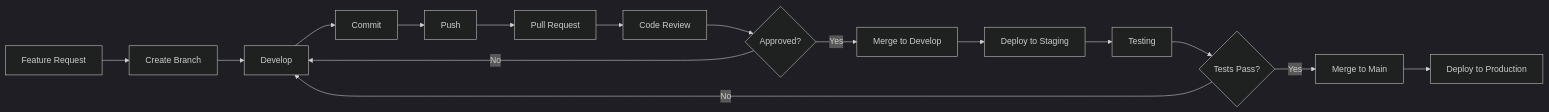
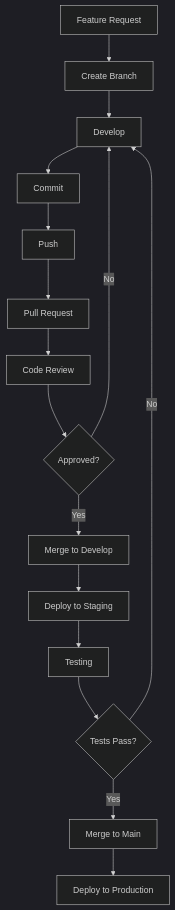
Before and after one commit to Se7ety/.github: the diagram in profile/README.md, drawn with Mermaid (dark theme).

Commit message:
style: change workflow diagram to vertical orientation

````diff
--- a/profile/README.md
+++ b/profile/README.md
@@ -294,18 +294,18 @@
 ```mermaid
-graph LR
+graph TD
     A[Feature Request] --> B[Create Branch]
     B --> C[Develop]
     C --> D[Commit]
     D --> E[Push]
     E --> F[Pull Request]
     F --> G[Code Review]
     G --> H{Approved?}
     H -->|Yes| I[Merge to Develop]
     H -->|No| C
     I --> J[Deploy to Staging]
     J --> K[Testing]
     K --> L{Tests Pass?}
     L -->|Yes| M[Merge to Main]
     L -->|No| C
     M --> N[Deploy to Production]
 ```
````
